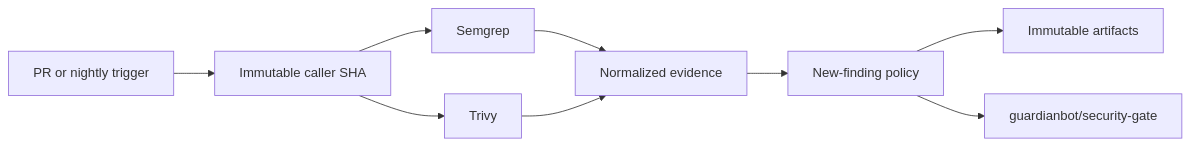
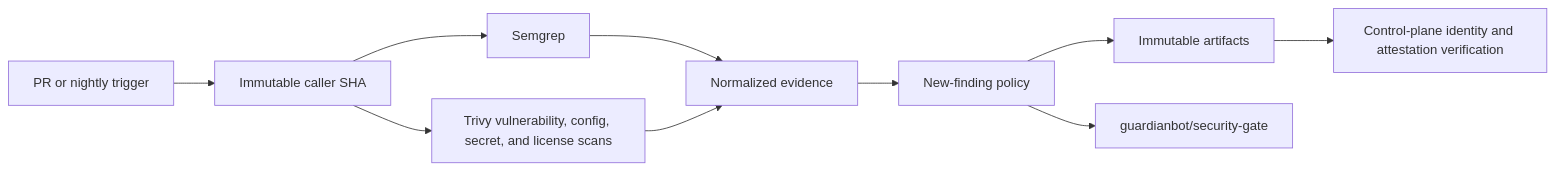
The third of 5 diagrams in docs/how-it-works.md (geekyshubham/guardianbot), drawn with Mermaid before and after one commit. The commit also changed other lines of this file and 43 other files, not shown here.

````diff
--- a/docs/how-it-works.md
+++ b/docs/how-it-works.md
@@ -47,11 +47,12 @@
 ```mermaid
 flowchart LR
   PR["PR or nightly trigger"] --> CALL["Immutable caller SHA"]
   CALL --> SEM["Semgrep"]
-  CALL --> TRI["Trivy"]
+  CALL --> TRI["Trivy vulnerability, config, secret, and license scans"]
   SEM --> NORM["Normalized evidence"]
   TRI --> NORM
   NORM --> POL["New-finding policy"]
   POL --> ART["Immutable artifacts"]
+  ART --> ATT["Control-plane identity and attestation verification"]
   POL --> CHECK["guardianbot/security-gate"]
 ```
````
